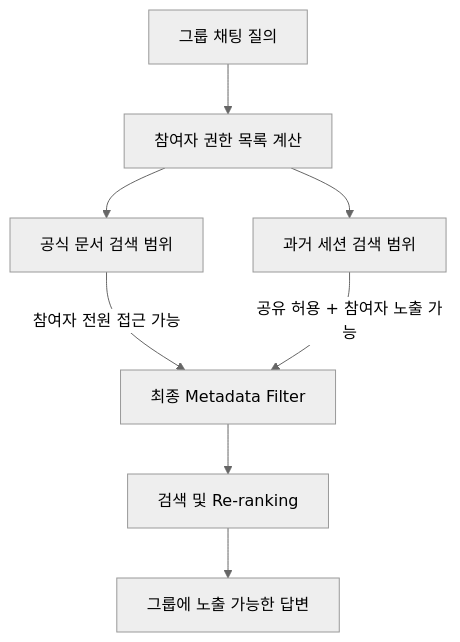
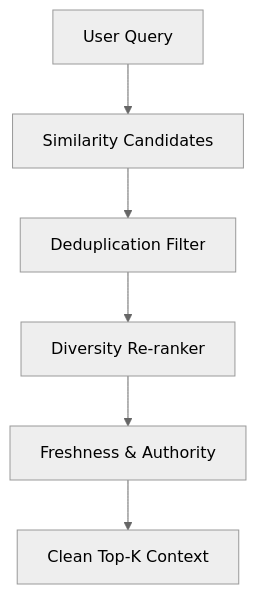
Before and after one commit to bshsqa/Archi-Team-ChatAssist: the sixth of 9 diagrams in SPRAG_USE_CASE_DETAILS.md, drawn with Mermaid (neutral theme). The commit also changed other lines of this file and 6 other files, not shown here.

````diff
--- a/SPRAG_USE_CASE_DETAILS.md
+++ b/SPRAG_USE_CASE_DETAILS.md
@@ -204,18 +276,15 @@
 ```mermaid
 flowchart TD
-    Query[그룹 채팅 질의]
-    Members[참여자 권한 목록 계산]
-    Official[공식 문서 검색 범위]
-    Session[과거 세션 검색 범위]
-    Filter[최종 Metadata Filter]
-    Retrieval[검색 및 Re-ranking]
-    Answer[그룹에 노출 가능한 답변]
+    Query[User Query]
+    Candidates[Similarity Candidates]
+    Dedup[Deduplication Filter]
+    Diversity[Diversity Re-ranker]
+    Freshness[Freshness & Authority]
+    Context[Clean Top-K Context]
 
-    Query --> Members
-    Members --> Official
-    Members --> Session
-    Official -->|참여자 전원 접근 가능| Filter
-    Session -->|공유 허용 + 참여자 노출 가능| Filter
-    Filter --> Retrieval
-    Retrieval --> Answer
+    Query --> Candidates
+    Candidates --> Dedup
+    Dedup --> Diversity
+    Diversity --> Freshness
+    Freshness --> Context
 ```
````
